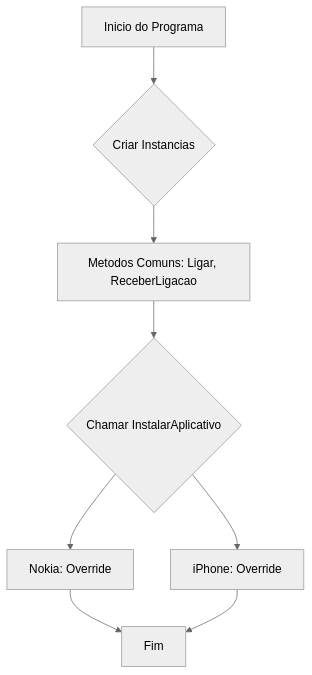
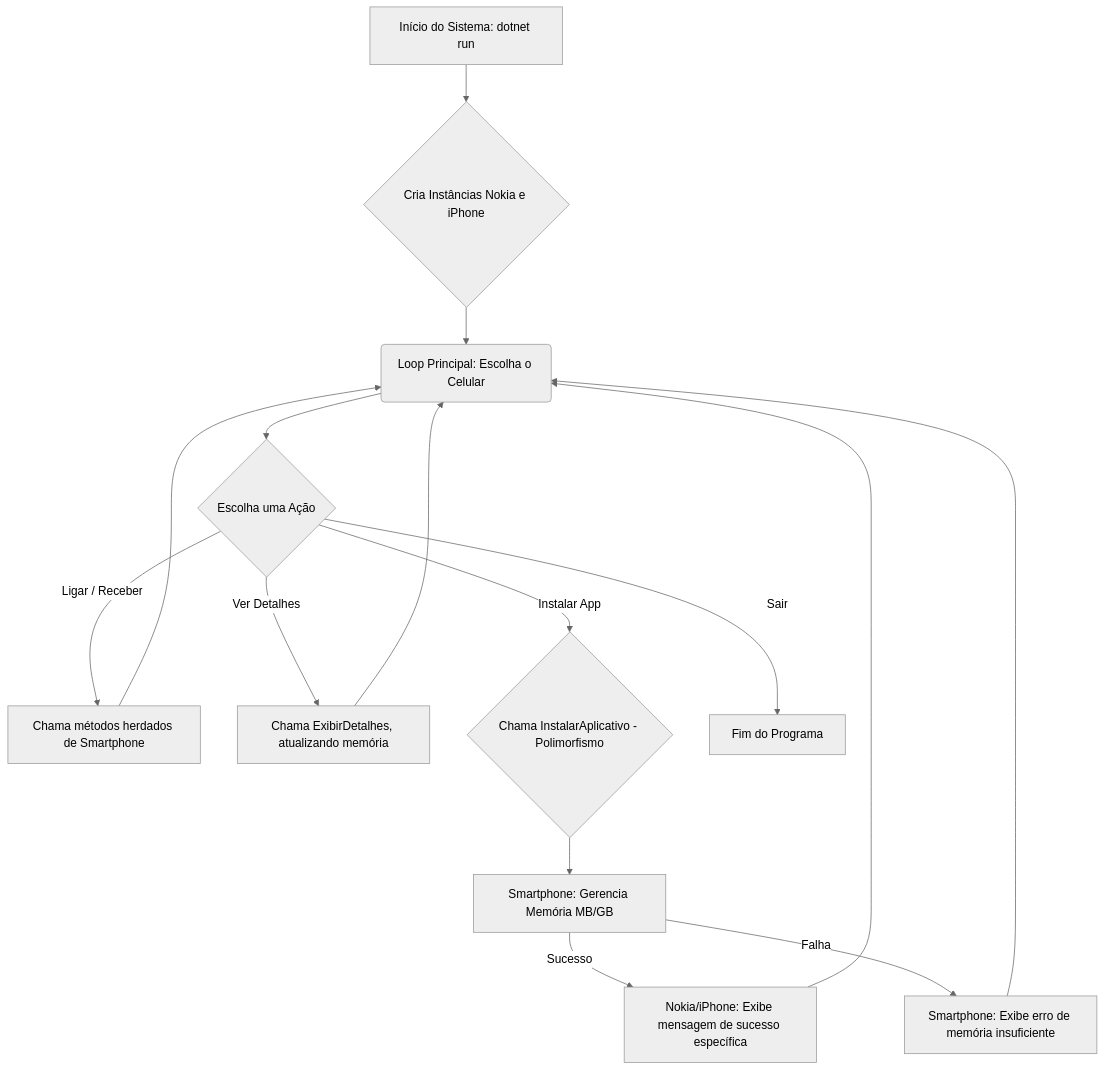
The diagram in graph TD.mmd (amaro-netto/cellstore), drawn with Mermaid (neutral theme) before and after one commit.

Commit message:
adição do diagrama

```diff
--- a/graph TD.mmd
+++ b/graph TD.mmd
@@ -1,8 +1,15 @@
 graph TD
-    A[Inicio do Programa] --> B{Criar Instancias};
-    B --> C[Metodos Comuns: Ligar, ReceberLigacao];
-    C --> D{Chamar InstalarAplicativo};
-    D --> E[Nokia: Override];
-    D --> F[iPhone: Override];
-    E --> G[Fim];
-    F --> G;
+    A[Início do Sistema: dotnet run] --> B{Cria Instâncias Nokia e iPhone};
+    B --> C(Loop Principal: Escolha o Celular);
+    C --> D{Escolha uma Ação};
+    D -- Ligar / Receber --> E[Chama métodos herdados de Smartphone];
+    D -- Ver Detalhes --> F[Chama ExibirDetalhes, atualizando memória];
+    D -- Instalar App --> G{Chama InstalarAplicativo - Polimorfismo};
+    G --> H[Smartphone: Gerencia Memória MB/GB];
+    H -- Sucesso --> I[Nokia/iPhone: Exibe mensagem de sucesso específica];
+    H -- Falha --> J[Smartphone: Exibe erro de memória insuficiente];
+    D -- Sair --> Z[Fim do Programa];
+    E --> C;
+    F --> C;
+    I --> C;
+    J --> C;
```
